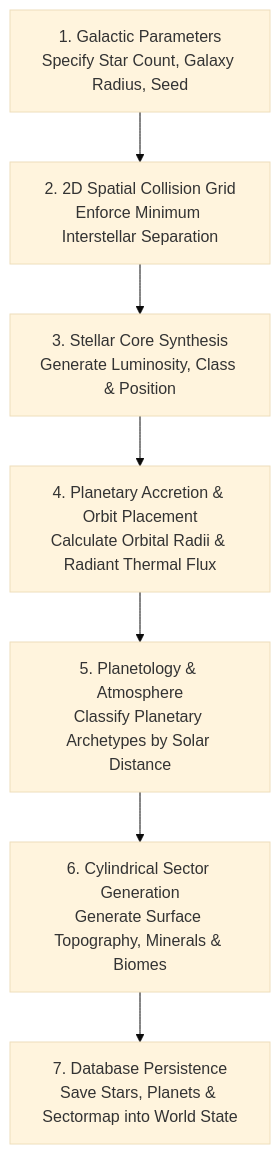
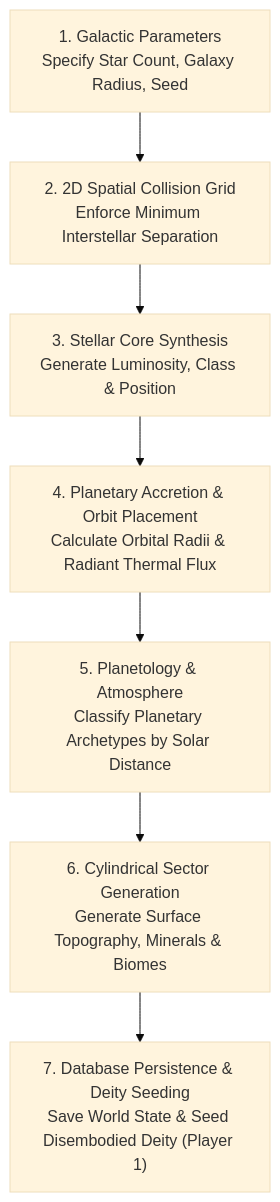
One commit to kaladron/galactic-bloodshed changed the diagram in docs/universe_creation.md. Above: the diagram before and after it, drawn with Mermaid (base theme). The commit also changed other lines of this file and 11 other files, not shown here.

First line of the commit message:
creator,docs: require deity credentials in makeuniv and seed disembodied deity

````diff
--- a/docs/universe_creation.md
+++ b/docs/universe_creation.md
@@ -9,9 +9,9 @@
 ```mermaid
 flowchart TD
     Config["1. Galactic Parameters\nSpecify Star Count, Galaxy Radius, Seed"] --> Grid["2. 2D Spatial Collision Grid\nEnforce Minimum Interstellar Separation"]
     Grid --> Star["3. Stellar Core Synthesis\nGenerate Luminosity, Class & Position"]
     Star --> Orbit["4. Planetary Accretion & Orbit Placement\nCalculate Orbital Radii & Radiant Thermal Flux"]
     Orbit --> Class["5. Planetology & Atmosphere\nClassify Planetary Archetypes by Solar Distance"]
     Class --> Sectors["6. Cylindrical Sector Generation\nGenerate Surface Topography, Minerals & Biomes"]
-    Sectors --> DB["7. Database Persistence\nSave Stars, Planets & Sectormap into World State"]
+    Sectors --> DB["7. Database Persistence & Deity Seeding\nSave World State & Seed Disembodied Deity (Player 1)"]
 ```
````
